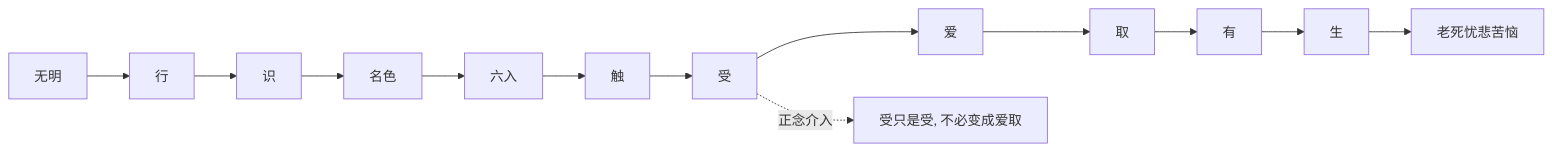
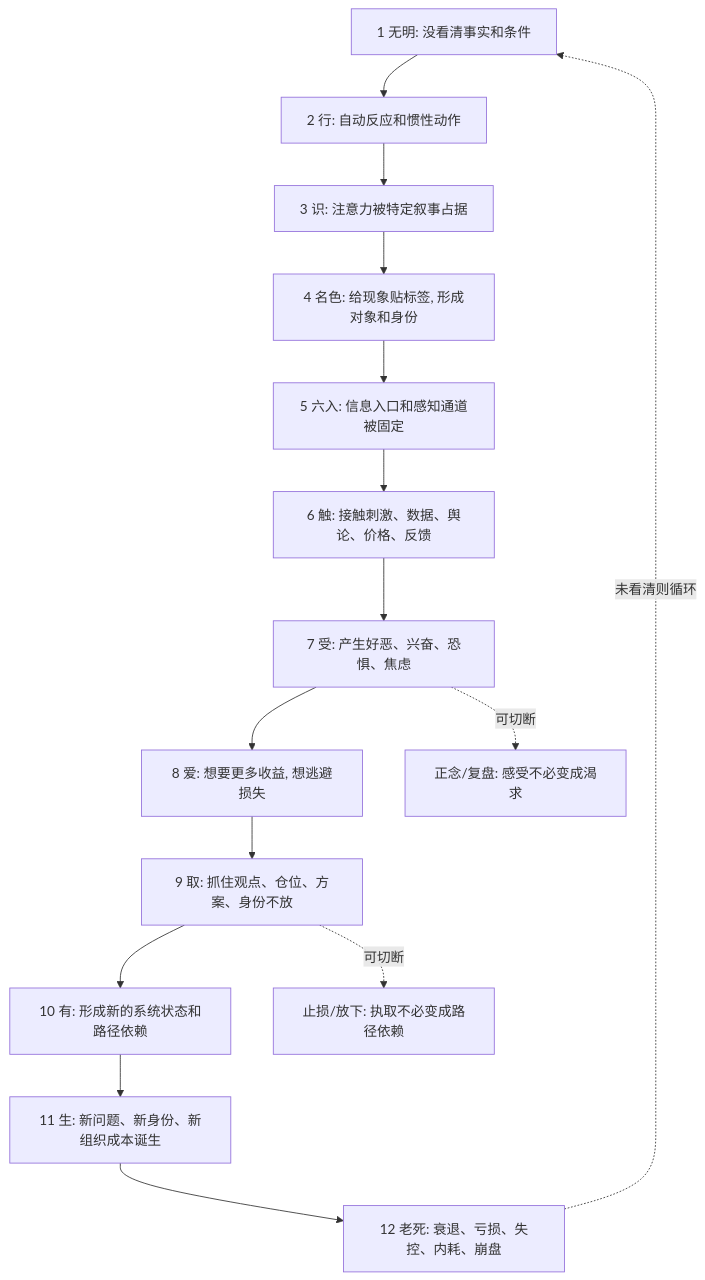
Before and after one commit to digoal/blog: the diagram in 202605/20260518_66.md, drawn with Mermaid. The commit also changed other lines of this file and 15 other files, not shown here.

````diff
--- a/202605/20260518_66.md
+++ b/202605/20260518_66.md
@@ -22,15 +24,17 @@
 ```mermaid
-flowchart LR
-  A["无明"] --> B["行"]
-  B --> C["识"]
-  C --> D["名色"]
-  D --> E["六入"]
-  E --> F["触"]
-  F --> G["受"]
-  G --> H["爱"]
-  H --> I["取"]
-  I --> J["有"]
-  J --> K["生"]
-  K --> L["老死忧悲苦恼"]
-  G -. "正念介入" .-> M["受只是受, 不必变成爱取"]
+flowchart TD
+  A["1 无明: 没看清事实和条件"] --> B["2 行: 自动反应和惯性动作"]
+  B --> C["3 识: 注意力被特定叙事占据"]
+  C --> D["4 名色: 给现象贴标签, 形成对象和身份"]
+  D --> E["5 六入: 信息入口和感知通道被固定"]
+  E --> F["6 触: 接触刺激、数据、舆论、价格、反馈"]
+  F --> G["7 受: 产生好恶、兴奋、恐惧、焦虑"]
+  G --> H["8 爱: 想要更多收益, 想逃避损失"]
+  H --> I["9 取: 抓住观点、仓位、方案、身份不放"]
+  I --> J["10 有: 形成新的系统状态和路径依赖"]
+  J --> K["11 生: 新问题、新身份、新组织成本诞生"]
+  K --> L["12 老死: 衰退、亏损、失控、内耗、崩盘"]
+  L -. "未看清则循环" .-> A
+  G -. "可切断" .-> M["正念/复盘: 感受不必变成渴求"]
+  I -. "可切断" .-> N["止损/放下: 执取不必变成路径依赖"]
 ```
````
